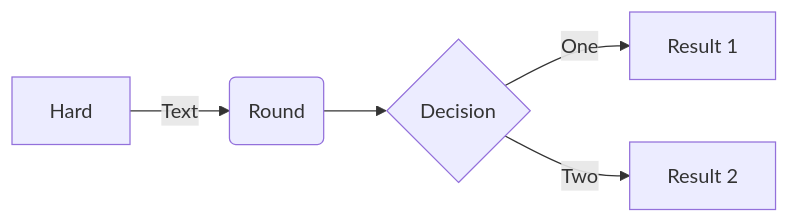
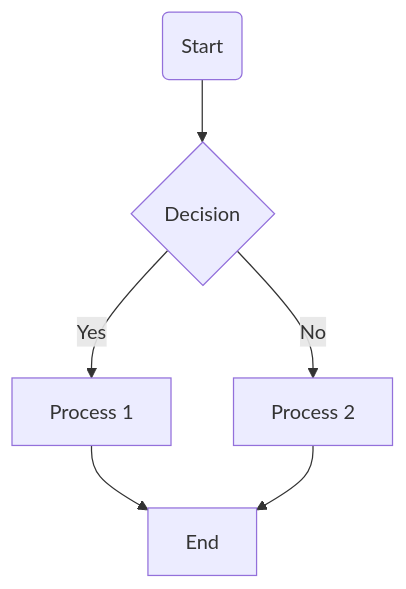
The diagram in docs/source/access-management.rst (ColfaxResearch/cxpn-admin-readthedocs), drawn with Mermaid before and after one commit.

Commit message:
Content edit.

```diff
--- a/docs/source/access-management.rst
+++ b/docs/source/access-management.rst
@@ -6,6 +6,7 @@
 .. mermaid::
-   flowchart LR;
-      A[Hard] -->|Text| B(Round)
-      B --> C{Decision}
-      C -->|One| D[Result 1]
-      C -->|Two| E[Result 2]
+   graph TD;
+       A(Start) --> B{Decision};
+       B -->|Yes| C[Process 1];
+       B -->|No| D[Process 2];
+       C --> E[End];
+       D --> E;
```
